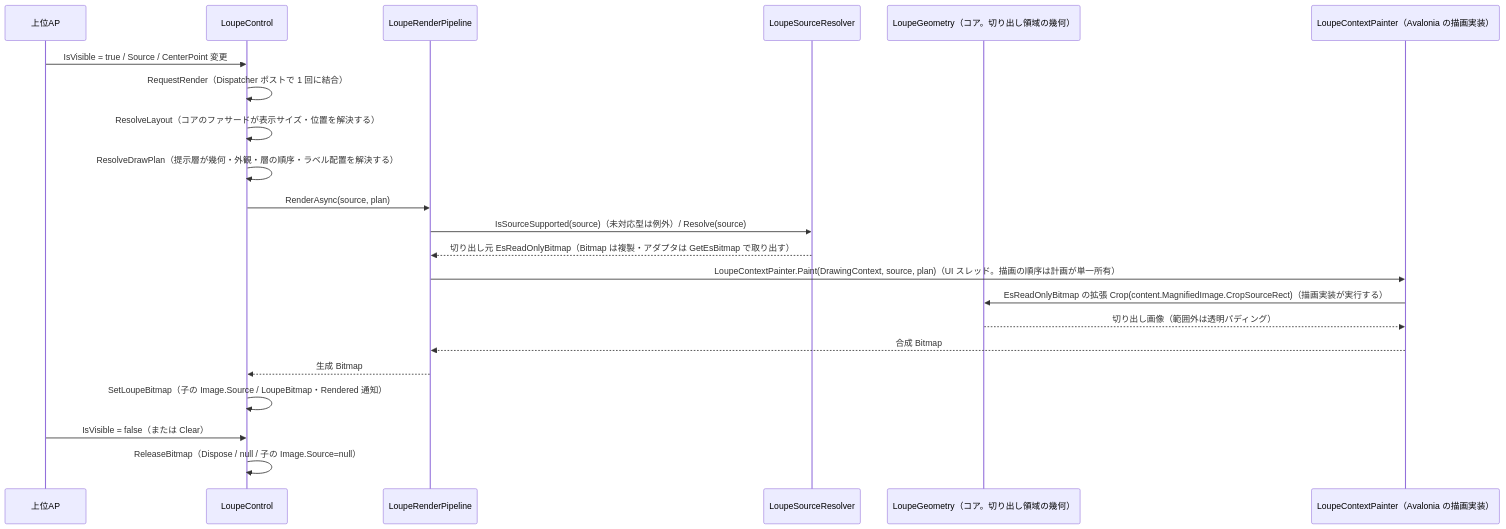
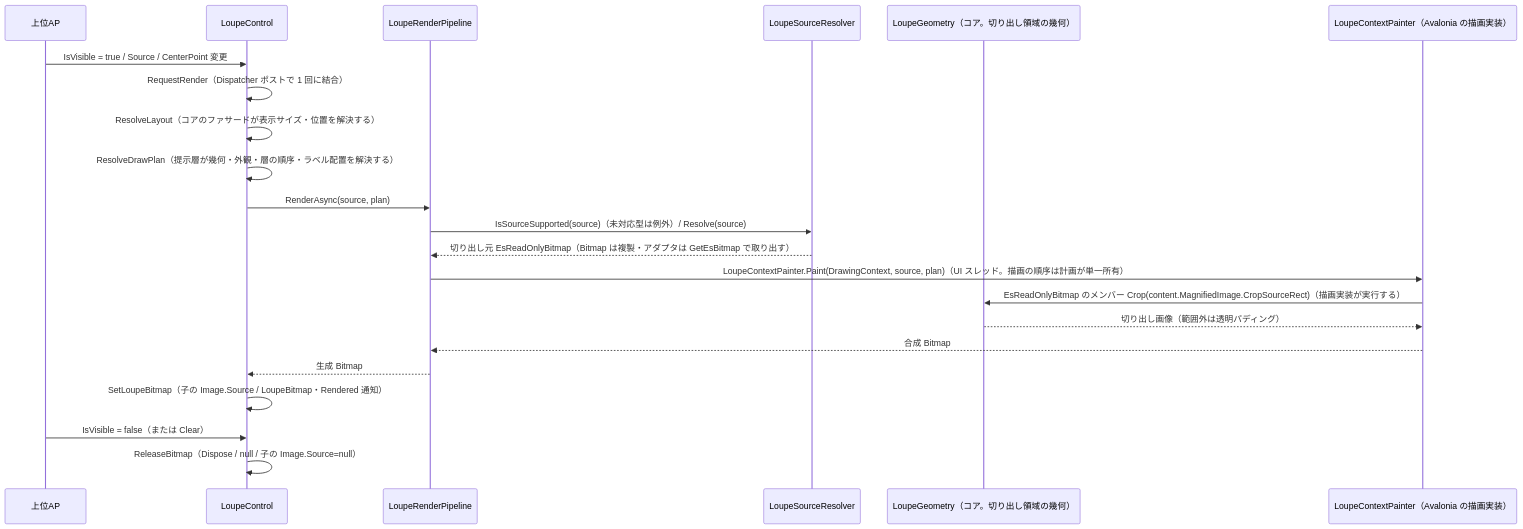
Before and after one commit to tomokuni/SaveEvidence: the second of 2 diagrams in src/EsUtil.Feature.Loupe.ControlAvaloniaUI/docs/SPEC_System.md, drawn with Mermaid. The commit also changed other lines of this file and 33 other files, not shown here.

````diff
--- a/src/EsUtil.Feature.Loupe.ControlAvaloniaUI/docs/SPEC_System.md
+++ b/src/EsUtil.Feature.Loupe.ControlAvaloniaUI/docs/SPEC_System.md
@@ -238,26 +238,26 @@
 ```mermaid
 sequenceDiagram
     participant AP as 上位AP
     participant Ctl as LoupeControl
     participant Pl as LoupeRenderPipeline
     participant Sr as LoupeSourceResolver
     participant Ext as LoupeGeometry（コア。切り出し領域の幾何）
     participant Rdr as LoupeContextPainter（Avalonia の描画実装）
 
     AP->>Ctl: IsVisible = true / Source / CenterPoint 変更
     Ctl->>Ctl: RequestRender（Dispatcher ポストで 1 回に結合）
     Ctl->>Ctl: ResolveLayout（コアのファサードが表示サイズ・位置を解決する）
     Ctl->>Ctl: ResolveDrawPlan（提示層が幾何・外観・層の順序・ラベル配置を解決する）
     Ctl->>Pl: RenderAsync(source, plan)
     Pl->>Sr: IsSourceSupported(source)（未対応型は例外）/ Resolve(source)
     Sr-->>Pl: 切り出し元 EsReadOnlyBitmap（Bitmap は複製・アダプタは GetEsBitmap で取り出す）
     Pl->>Rdr: LoupeContextPainter.Paint(DrawingContext, source, plan)（UI スレッド。描画の順序は計画が単一所有）
-    Rdr->>Ext: EsReadOnlyBitmap の拡張 Crop(content.MagnifiedImage.CropSourceRect)（描画実装が実行する）
+    Rdr->>Ext: EsReadOnlyBitmap のメンバー Crop(content.MagnifiedImage.CropSourceRect)（描画実装が実行する）
     Ext-->>Rdr: 切り出し画像（範囲外は透明パディング）
     Rdr-->>Pl: 合成 Bitmap
     Pl-->>Ctl: 生成 Bitmap
     Ctl->>Ctl: SetLoupeBitmap（子の Image.Source / LoupeBitmap・Rendered 通知）
 
     AP->>Ctl: IsVisible = false（または Clear）
     Ctl->>Ctl: ReleaseBitmap（Dispose / null / 子の Image.Source=null）
 ```
````
